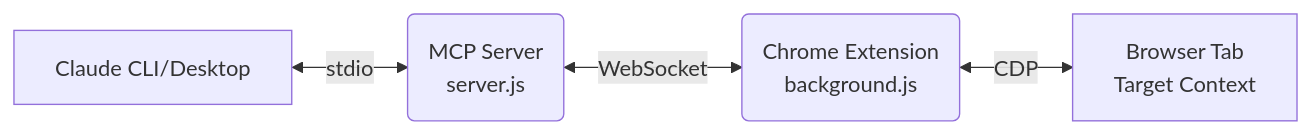
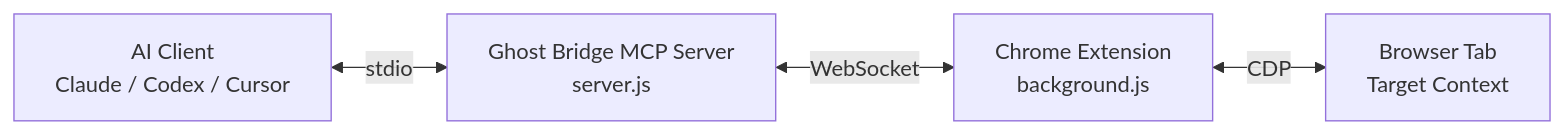
The diagram in README.md (learnStop163/ghost-bridge), drawn with Mermaid before and after one commit. The commit also changed other lines of this file and 22 other files, not shown here.

````diff
--- a/README.md
+++ b/README.md
@@ -130,6 +138,11 @@
 ```mermaid
-graph LR
-    A[Claude CLI/Desktop] <-->|stdio| B(MCP Server\nserver.js)
-    B <-->|WebSocket| C(Chrome Extension\nbackground.js)
-    C <-->|CDP| D[Browser Tab\nTarget Context]
+flowchart LR
+    A["AI Client<br/>Claude / Codex / Cursor"]
+    B["Ghost Bridge MCP Server<br/>server.js"]
+    C["Chrome Extension<br/>background.js"]
+    D["Browser Tab<br/>Target Context"]
+
+    A <-->|"stdio"| B
+    B <-->|"WebSocket"| C
+    C <-->|"CDP"| D
 ```
````
